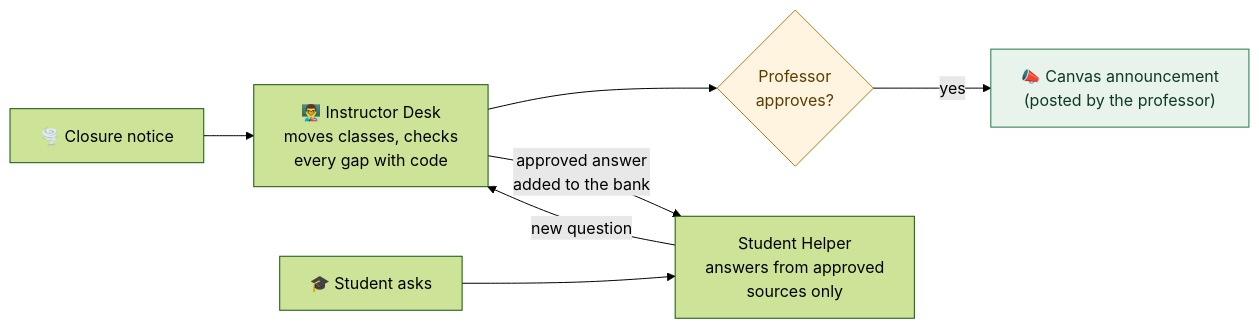
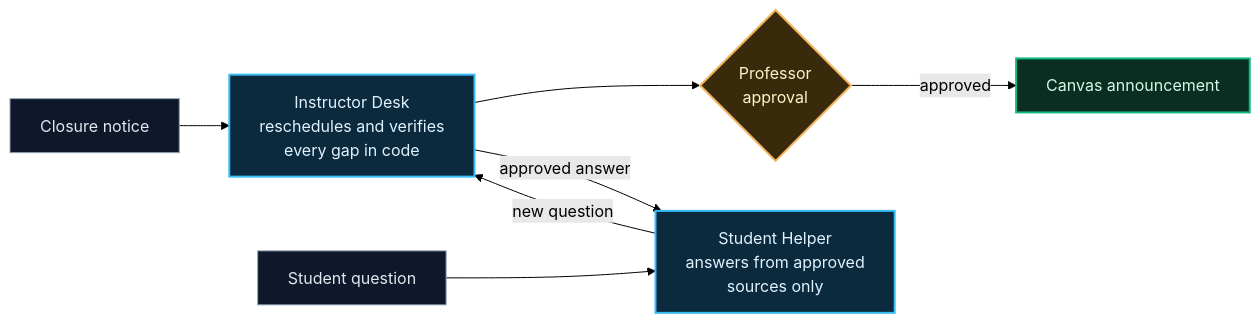
One commit to tanviranjumjoarder/tanviranjumjoarder.github.io changed the first of 2 diagrams in README.md. Above: the diagram before and after it, drawn with Mermaid (forest theme). The commit also changed other lines of this file and 3 other files, not shown here.

````diff
--- a/README.md
+++ b/README.md
@@ -94,11 +70,13 @@
 ```mermaid
 flowchart LR
-    N["🌪️ Closure notice"] --> ID["👨‍🏫 Instructor Desk<br/>moves classes, checks<br/>every gap with code"]
-    ID --> P{"Professor<br/>approves?"}
-    P -- yes --> C["📣 Canvas announcement<br/>(posted by the professor)"]
-    S["🎓 Student asks"] --> SH["Student Helper<br/>answers from approved<br/>sources only"]
-    SH -- "new question" --> ID
-    ID -- "approved answer<br/>added to the bank" --> SH
-    style P fill:#FFF4E0,stroke:#B07A1E,color:#5a3d00
-    style C fill:#E8F3EC,stroke:#1E7B45,color:#0d3b20
+    N["Closure notice"]:::input --> ID["Instructor Desk<br/>reschedules and verifies<br/>every gap in code"]:::agent
+    ID --> P{"Professor<br/>approval"}:::human
+    P -->|approved| C["Canvas announcement"]:::output
+    S["Student question"]:::input --> SH["Student Helper<br/>answers from approved<br/>sources only"]:::agent
+    SH -->|new question| ID
+    ID -->|approved answer| SH
+    classDef input fill:#0f172a,stroke:#94a3b8,color:#e2e8f0
+    classDef agent fill:#0c2a3d,stroke:#38BDF8,stroke-width:2px,color:#e0f2fe
+    classDef human fill:#3a2a0c,stroke:#f0b45a,stroke-width:2px,color:#fef3c7
+    classDef output fill:#0c2e22,stroke:#10B981,stroke-width:2px,color:#d1fae5
 ```
````
